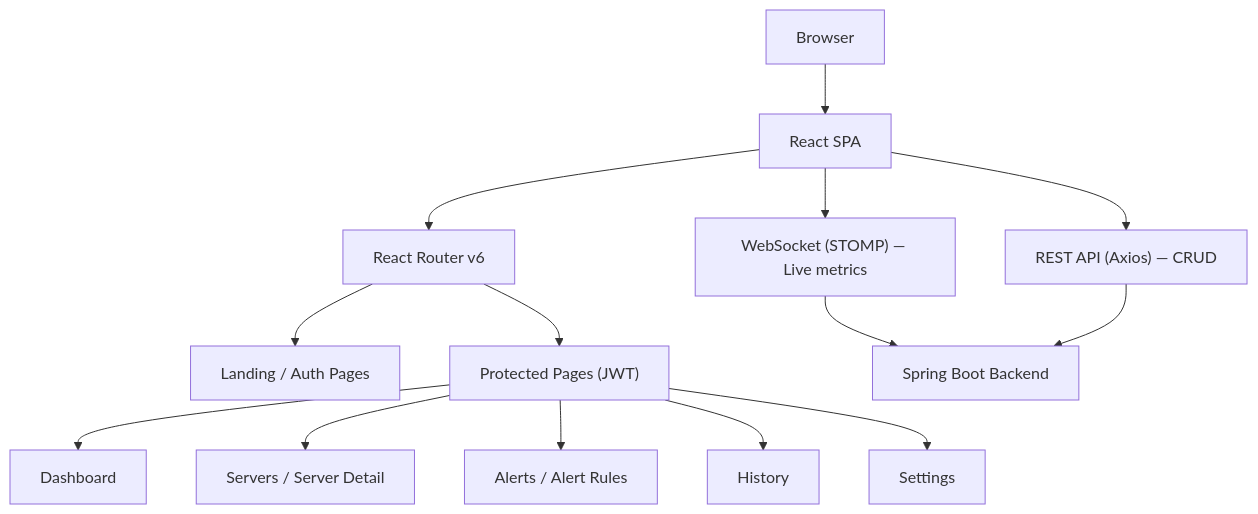
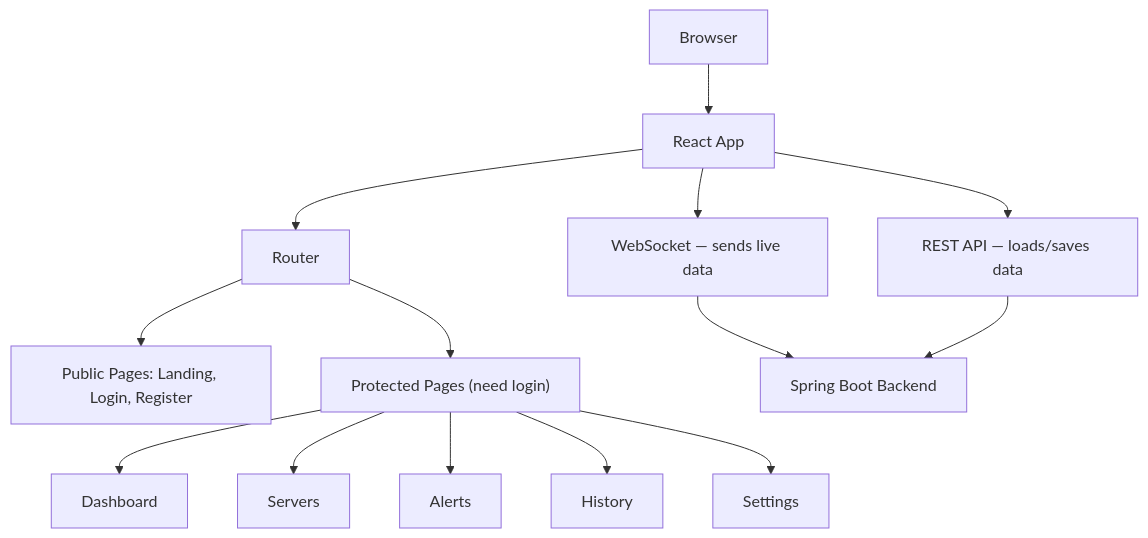
The first of 6 diagrams in Assignment 6/Assignment6.md (ziyadhussain23/Argus), drawn with Mermaid before and after one commit. The commit also changed other lines of this file, not shown here.

````diff
--- a/Assignment 6/Assignment6.md
+++ b/Assignment 6/Assignment6.md
@@ -39,16 +37,16 @@
 ```mermaid
 graph TD
-    A["Browser"] --> B["React SPA"]
-    B --> C["React Router v6"]
-    C --> D["Landing / Auth Pages"]
-    C --> F["Protected Pages (JWT)"]
+    A["Browser"] --> B["React App"]
+    B --> C["Router"]
+    C --> D["Public Pages: Landing, Login, Register"]
+    C --> F["Protected Pages (need login)"]
     F --> G["Dashboard"]
-    F --> H["Servers / Server Detail"]
-    F --> I["Alerts / Alert Rules"]
+    F --> H["Servers"]
+    F --> I["Alerts"]
     F --> J["History"]
     F --> K["Settings"]
-    B --> M["WebSocket (STOMP) — Live metrics"]
-    B --> N["REST API (Axios) — CRUD"]
+    B --> M["WebSocket — sends live data"]
+    B --> N["REST API — loads/saves data"]
     M --> O["Spring Boot Backend"]
     N --> O
 ```
````
